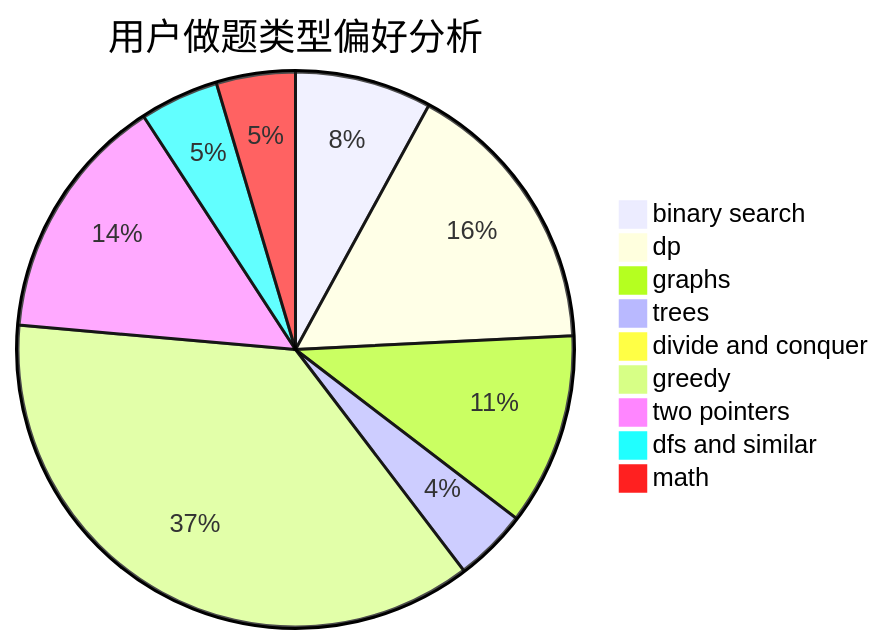
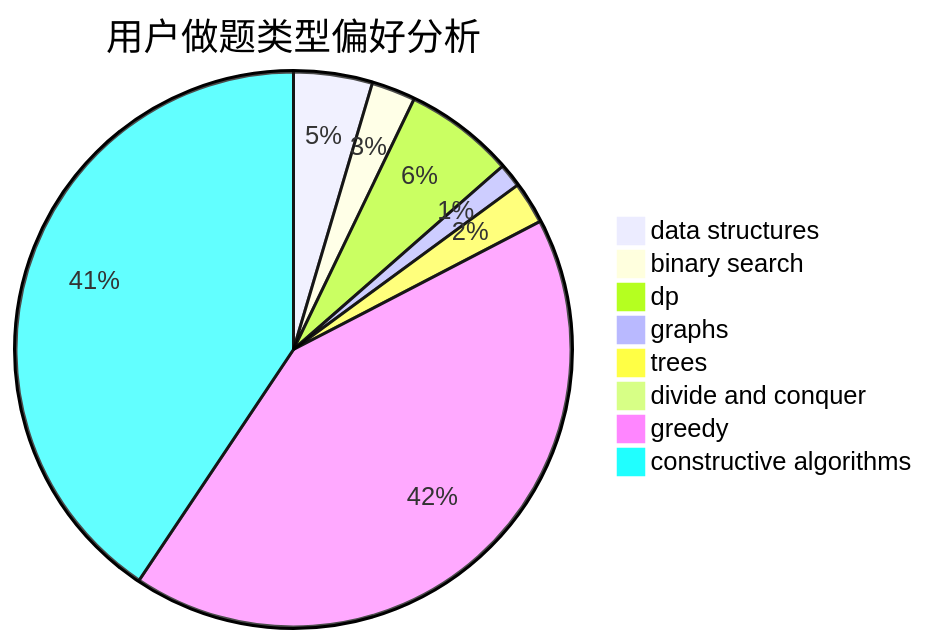
One commit to sherpahu/cfrs.github.io changed the second of 3 diagrams in docs/user/u2725.md. Above: the diagram before and after it, drawn with Mermaid. The commit also changed other lines of this file and 2775 other files, not shown here.

````diff
--- a/docs/user/u2725.md
+++ b/docs/user/u2725.md
@@ -23,12 +23,11 @@
 ```mermaid
 pie title 用户做题类型偏好分析
-    "binary search" :  116
-    "dp" :  237
-    "graphs" :  163
-    "trees" :  62
+    "data structures" :  43
+    "binary search" :  24
+    "dp" :  60
+    "graphs" :  13
+    "trees" :  23
     "divide and conquer" :  1
-    "greedy" :  536
-    "two pointers" :  210
-    "dfs and similar" :  67
-    "math" :  67
+    "greedy" :  394
+    "constructive algorithms" :  381
 ```
````
